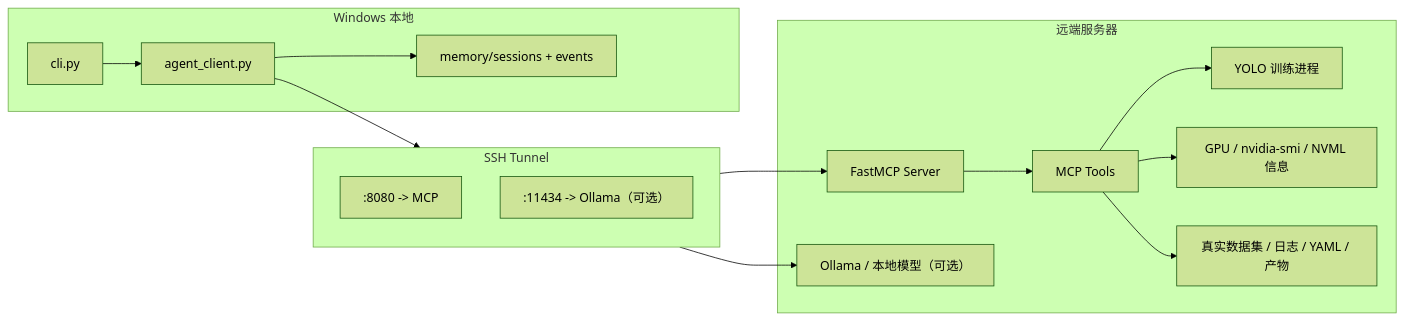
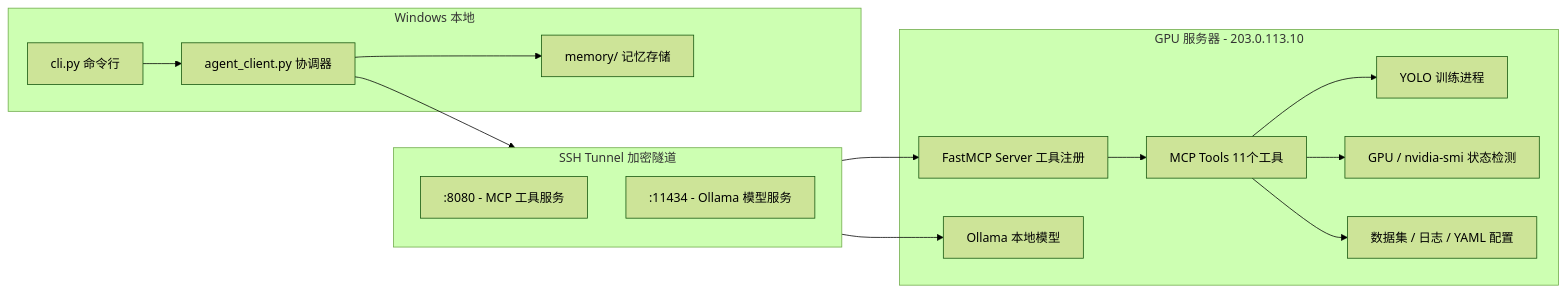
The fifth of 38 diagrams in doc/agent_architecture_learning_guide_2026-04-10.md (KLYkl/yolostudio-agent), drawn with Mermaid (forest theme) before and after one commit. The commit also changed other lines of this file and 70 other files, not shown here.

````diff
--- a/doc/agent_architecture_learning_guide_2026-04-10.md
+++ b/doc/agent_architecture_learning_guide_2026-04-10.md
@@ -202,32 +294,32 @@
 ```mermaid
 flowchart LR
     subgraph Win["Windows 本地"]
-        CLI["cli.py"]
-        CLIENT["agent_client.py"]
-        MEM["memory/sessions + events"]
+        CLI["cli.py 命令行"]
+        CLIENT["agent_client.py 协调器"]
+        MEM["memory/ 记忆存储"]
     end
 
-    subgraph Tunnel["SSH Tunnel"]
-        T1[":8080 -> MCP"]
-        T2[":11434 -> Ollama（可选）"]
+    subgraph Tunnel["SSH Tunnel 加密隧道"]
+        T1[":8080 - MCP 工具服务"]
+        T2[":11434 - Ollama 模型服务"]
     end
 
-    subgraph Server["远端服务器"]
-        MCPS["FastMCP Server"]
-        TOOLS["MCP Tools"]
-        OLLAMA["Ollama / 本地模型（可选）"]
+    subgraph Server["GPU 服务器 - 203.0.113.10"]
+        MCPS["FastMCP Server 工具注册"]
+        TOOLS["MCP Tools 11个工具"]
+        OLLAMA["Ollama 本地模型"]
         YOLO["YOLO 训练进程"]
-        GPU["GPU / nvidia-smi / NVML 信息"]
-        FILES["真实数据集 / 日志 / YAML / 产物"]
+        GPU["GPU / nvidia-smi 状态检测"]
+        FILES["数据集 / 日志 / YAML 配置"]
     end
 
     CLI --> CLIENT
     CLIENT --> MEM
     CLIENT --> Tunnel
     Tunnel --> MCPS
     Tunnel --> OLLAMA
     MCPS --> TOOLS
     TOOLS --> YOLO
     TOOLS --> GPU
     TOOLS --> FILES
 ```
````
